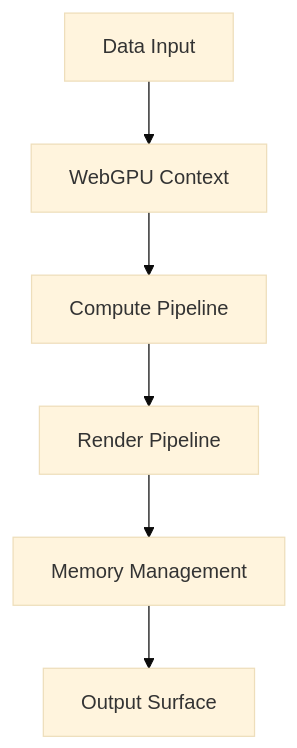
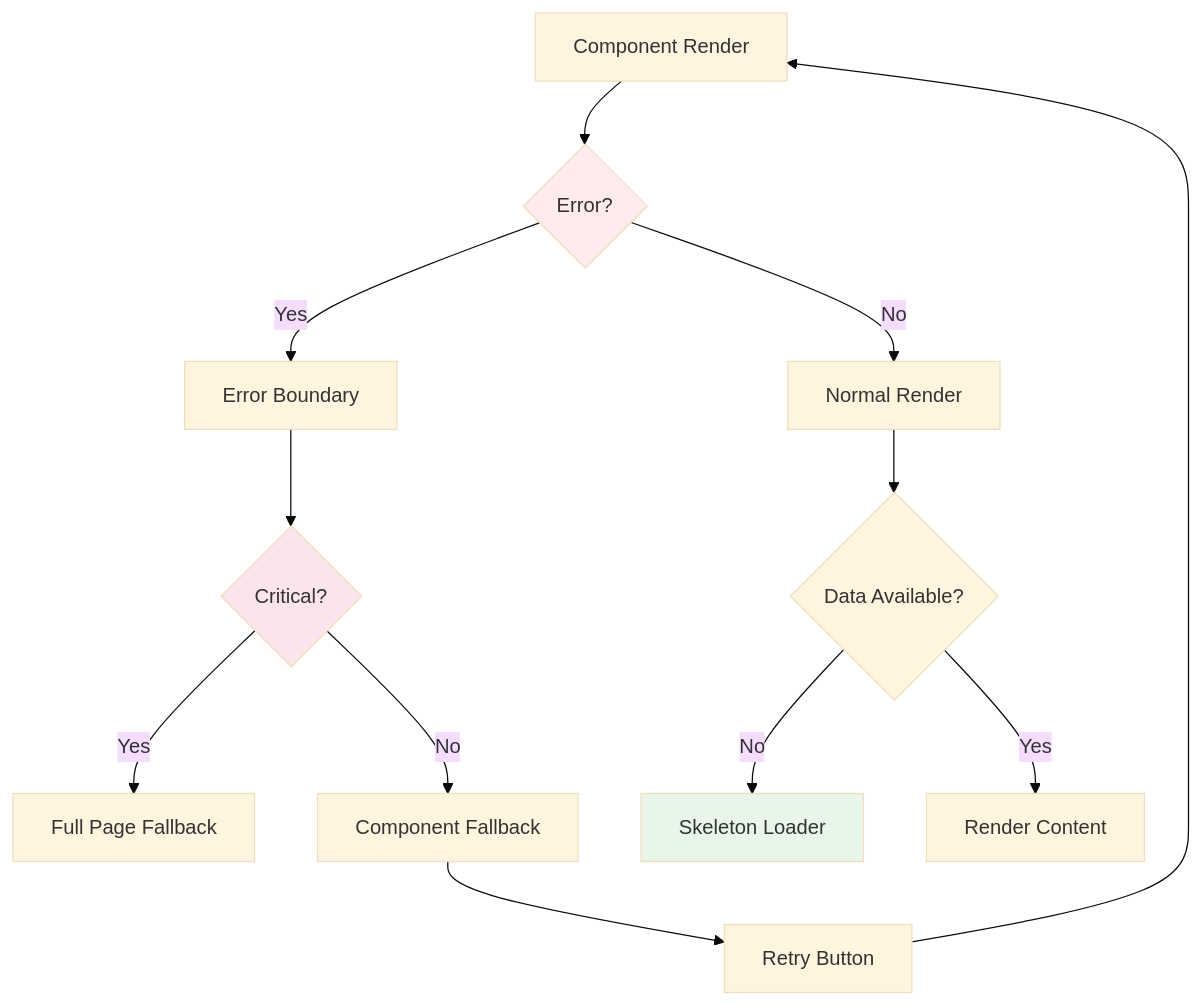
One commit to KrithinThota/Data-Visualization changed the ninth of 10 diagrams in ARCHITECTURE.md. Above: the diagram before and after it, drawn with Mermaid (base theme). The commit also changed other lines of this file and 1 other file, not shown here.

````diff
--- a/ARCHITECTURE.md
+++ b/ARCHITECTURE.md
@@ -281,8 +235,21 @@
 ```mermaid
 graph TD
-    A[Data Input] --> B[WebGPU Context]
-    B --> C[Compute Pipeline]
-    C --> D[Render Pipeline]
-    D --> E[Memory Management]
-    E --> F[Output Surface]
+    A[Component Render] --> B{Error?}
+    B -->|Yes| C[Error Boundary]
+    B -->|No| D[Normal Render]
+    
+    C --> E{Critical?}
+    E -->|Yes| F[Full Page Fallback]
+    E -->|No| G[Component Fallback]
+    
+    D --> H{Data Available?}
+    H -->|No| I[Skeleton Loader]
+    H -->|Yes| J[Render Content]
+    
+    G --> K[Retry Button]
+    K --> A
+    
+    style B fill:#ffebee
+    style E fill:#fce4ec
+    style I fill:#e8f5e9
 ```
````
